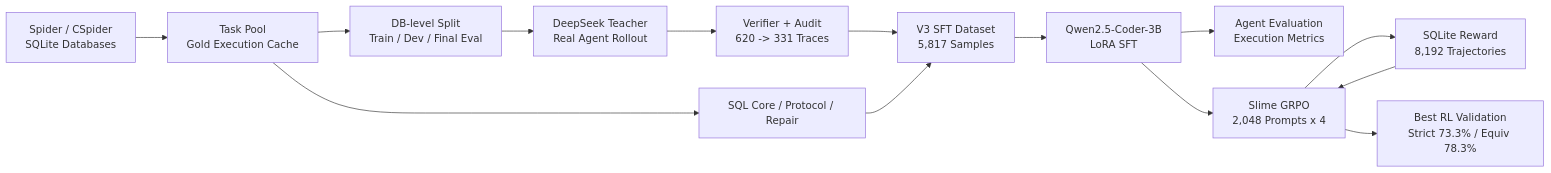
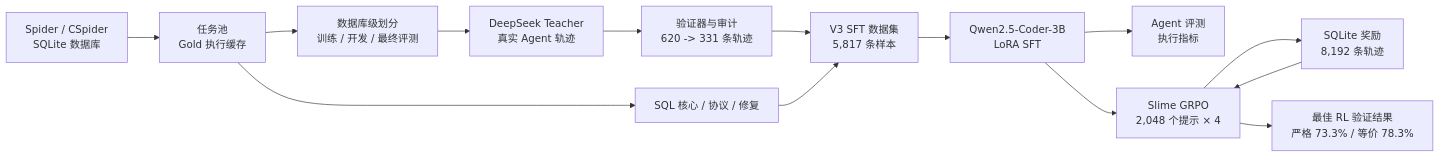
One commit to PyrePuin/SQLite-Agentic-RL changed the diagram in README.md. Above: the diagram before and after it, drawn with Mermaid. The commit also changed other lines of this file and 9 other files, not shown here.

````diff
--- a/README.md
+++ b/README.md
@@ -29,16 +29,16 @@
 ```mermaid
 flowchart LR
-    A["Spider / CSpider<br/>SQLite Databases"] --> B["Task Pool<br/>Gold Execution Cache"]
-    B --> C["DB-level Split<br/>Train / Dev / Final Eval"]
-    C --> D["DeepSeek Teacher<br/>Real Agent Rollout"]
-    D --> E["Verifier + Audit<br/>620 -> 331 Traces"]
-    B --> F["SQL Core / Protocol / Repair"]
-    E --> G["V3 SFT Dataset<br/>5,817 Samples"]
+    A["Spider / CSpider<br/>SQLite 数据库"] --> B["任务池<br/>Gold 执行缓存"]
+    B --> C["数据库级划分<br/>训练 / 开发 / 最终评测"]
+    C --> D["DeepSeek Teacher<br/>真实 Agent 轨迹"]
+    D --> E["验证器与审计<br/>620 -> 331 条轨迹"]
+    B --> F["SQL 核心 / 协议 / 修复"]
+    E --> G["V3 SFT 数据集<br/>5,817 条样本"]
     F --> G
     G --> H["Qwen2.5-Coder-3B<br/>LoRA SFT"]
-    H --> I["Agent Evaluation<br/>Execution Metrics"]
-    H --> J["Slime GRPO<br/>2,048 Prompts x 4"]
-    J --> K["SQLite Reward<br/>8,192 Trajectories"]
+    H --> I["Agent 评测<br/>执行指标"]
+    H --> J["Slime GRPO<br/>2,048 个提示 × 4"]
+    J --> K["SQLite 奖励<br/>8,192 条轨迹"]
     K --> J
-    J --> L["Best RL Validation<br/>Strict 73.3% / Equiv 78.3%"]
+    J --> L["最佳 RL 验证结果<br/>严格 73.3% / 等价 78.3%"]
 ```
````
